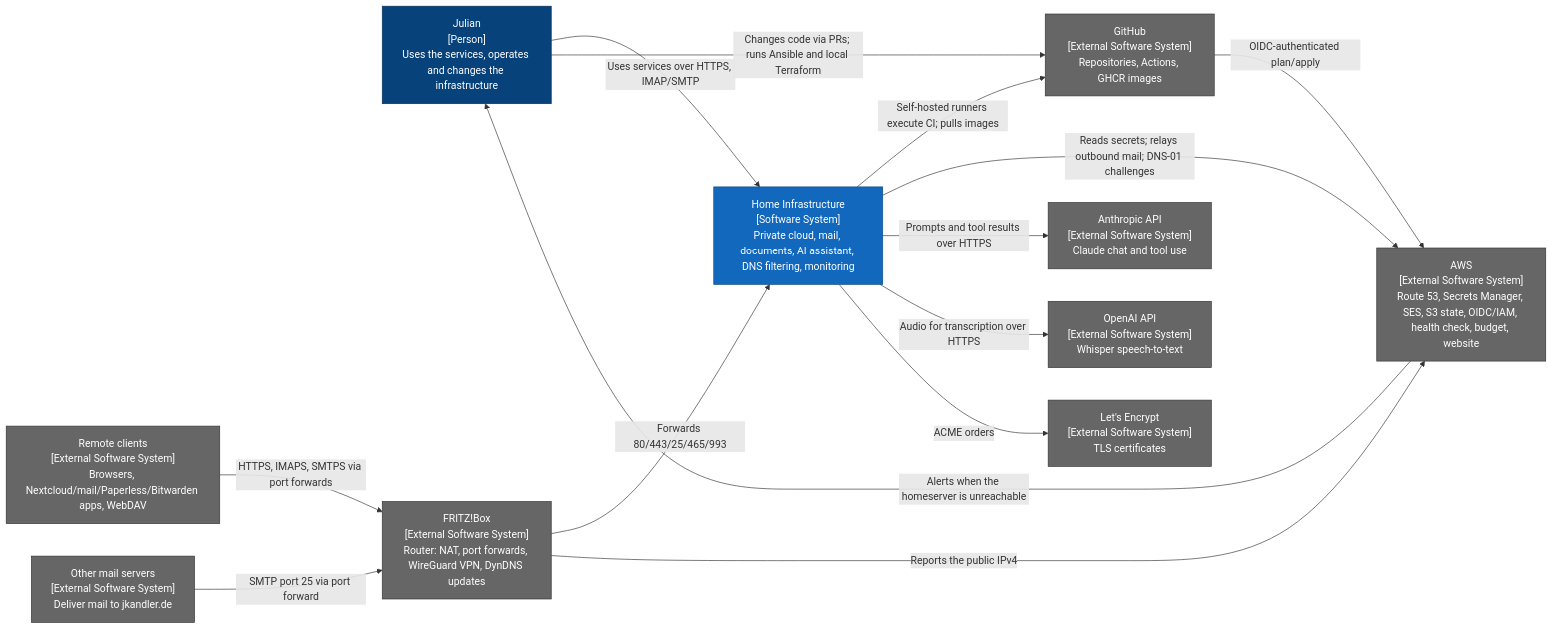
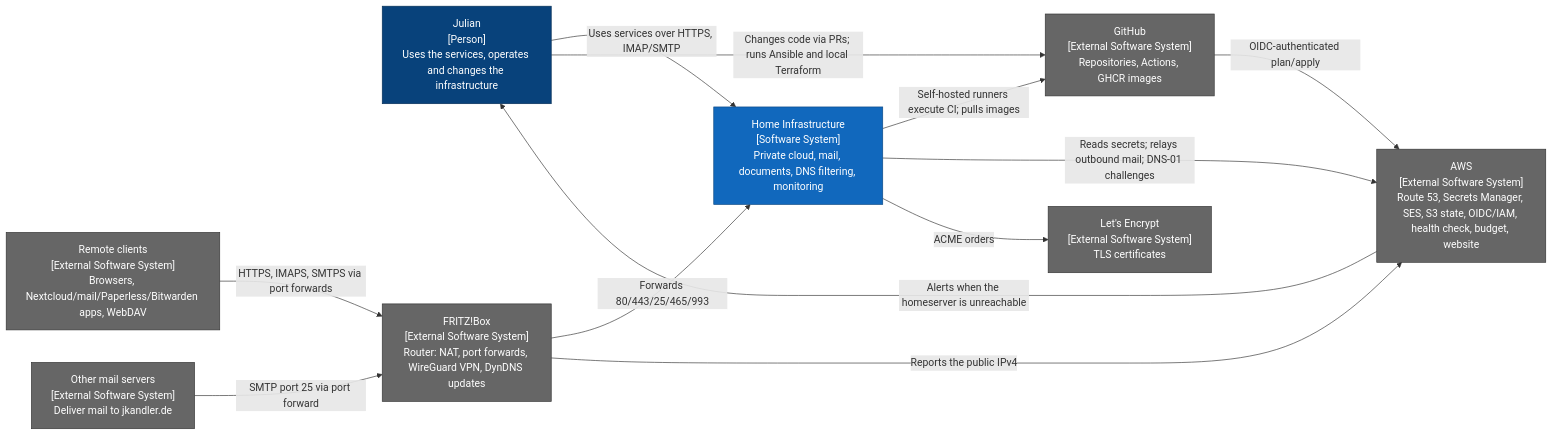
Before and after one commit to KandlerLi/home-infra-docs: the diagram in docs/architecture/current/system-context.md, drawn with Mermaid. The commit also changed other lines of this file and 35 other files, not shown here.

First line of the commit message:
Document the retirement of Open WebUI and home_agent (#68)

````diff
--- a/docs/architecture/current/system-context.md
+++ b/docs/architecture/current/system-context.md
@@ -7,36 +7,32 @@
 ```mermaid
 flowchart LR
     julian["Julian<br/>[Person]<br/>Uses the services, operates and changes the infrastructure"]
     clients["Remote clients<br/>[External Software System]<br/>Browsers, Nextcloud/mail/Paperless/Bitwarden apps, WebDAV"]
     mailers["Other mail servers<br/>[External Software System]<br/>Deliver mail to jkandler.de"]
 
-    home["Home Infrastructure<br/>[Software System]<br/>Private cloud, mail, documents, AI assistant, DNS filtering, monitoring"]
+    home["Home Infrastructure<br/>[Software System]<br/>Private cloud, mail, documents, DNS filtering, monitoring"]
 
     github["GitHub<br/>[External Software System]<br/>Repositories, Actions, GHCR images"]
     aws["AWS<br/>[External Software System]<br/>Route 53, Secrets Manager, SES, S3 state, OIDC/IAM, health check, budget, website"]
-    anthropic["Anthropic API<br/>[External Software System]<br/>Claude chat and tool use"]
-    openai["OpenAI API<br/>[External Software System]<br/>Whisper speech-to-text"]
     letsencrypt["Let's Encrypt<br/>[External Software System]<br/>TLS certificates"]
     fritz["FRITZ!Box<br/>[External Software System]<br/>Router: NAT, port forwards, WireGuard VPN, DynDNS updates"]
 
     julian -->|"Uses services over HTTPS, IMAP/SMTP"| home
     julian -->|"Changes code via PRs; runs Ansible and local Terraform"| github
     clients -->|"HTTPS, IMAPS, SMTPS via port forwards"| fritz
     mailers -->|"SMTP port 25 via port forward"| fritz
     fritz -->|"Forwards 80/443/25/465/993"| home
     fritz -->|"Reports the public IPv4"| aws
     home -->|"Self-hosted runners execute CI; pulls images"| github
     github -->|"OIDC-authenticated plan/apply"| aws
     home -->|"Reads secrets; relays outbound mail; DNS-01 challenges"| aws
-    home -->|"Prompts and tool results over HTTPS"| anthropic
-    home -->|"Audio for transcription over HTTPS"| openai
     home -->|"ACME orders"| letsencrypt
     aws -->|"Alerts when the homeserver is unreachable"| julian
 
     classDef person fill:#08427b,color:#fff,stroke:#052e56
     classDef system fill:#1168bd,color:#fff,stroke:#0b4884
     classDef external fill:#666,color:#fff,stroke:#333
     class julian person
     class home system
-    class clients,mailers,github,aws,anthropic,openai,letsencrypt,fritz external
+    class clients,mailers,github,aws,letsencrypt,fritz external
 ```
````
